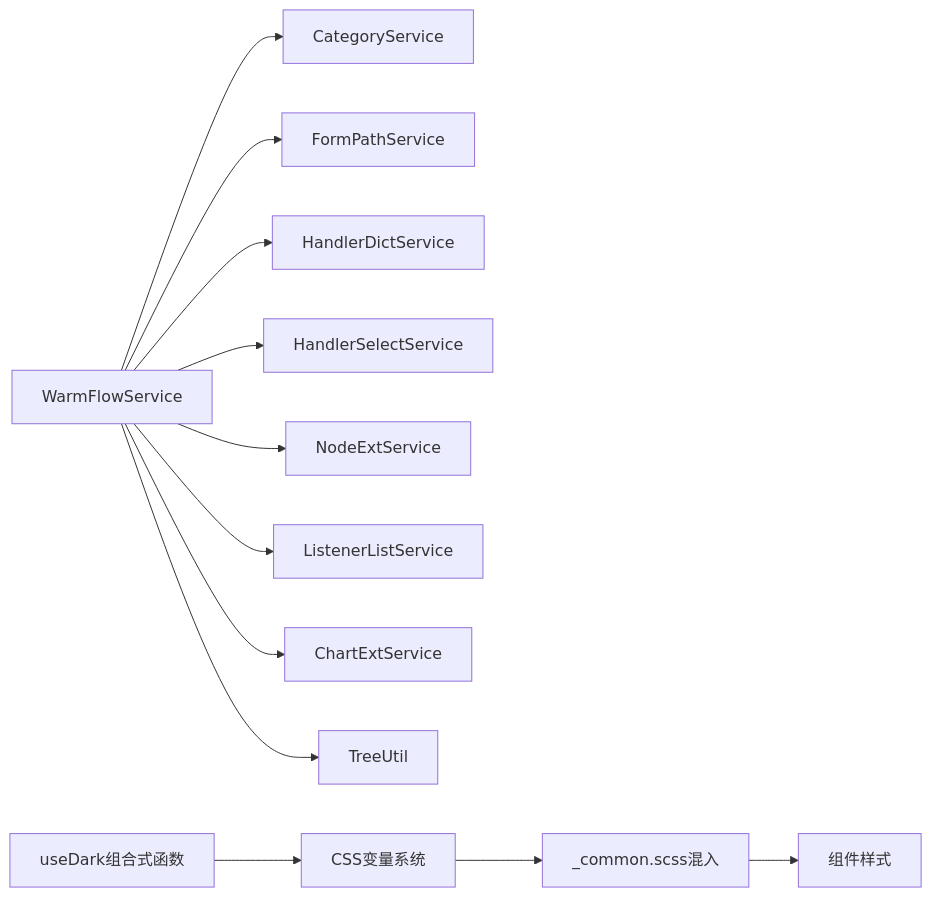
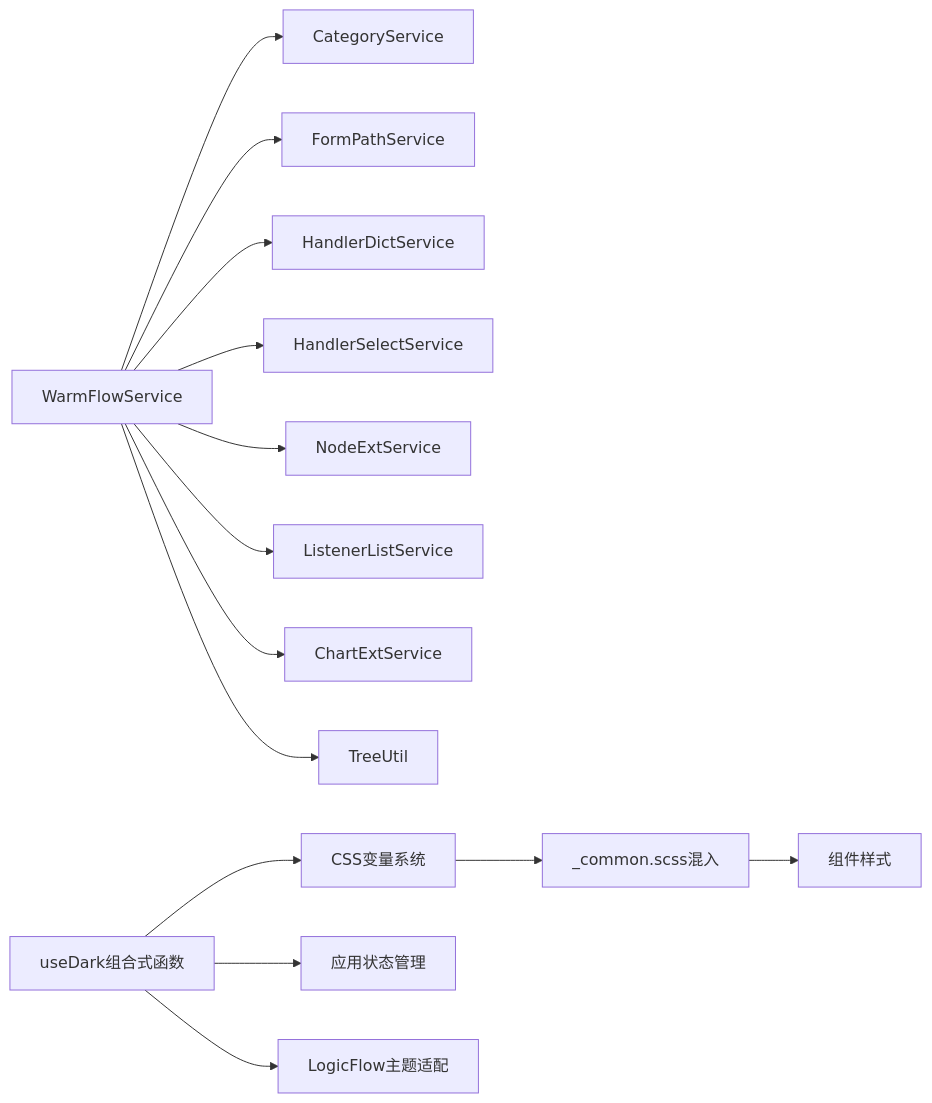
The seventh of 7 diagrams in .qoder/repowiki/zh/content/插件系统/UI 插件系统/UI 插件系统.md (dromara/warm-flow), drawn with Mermaid before and after one commit. The commit also changed other lines of this file and 18 other files, not shown here.

````diff
--- a/.qoder/repowiki/zh/content/插件系统/UI 插件系统/UI 插件系统.md
+++ b/.qoder/repowiki/zh/content/插件系统/UI 插件系统/UI 插件系统.md
@@ -464,14 +506,16 @@
 ```mermaid
 graph LR
 SVC["WarmFlowService"] --> CAT["CategoryService"]
 SVC --> FPATH["FormPathService"]
 SVC --> HDICT["HandlerDictService"]
 SVC --> HSEL["HandlerSelectService"]
 SVC --> NEXT["NodeExtService"]
 SVC --> LST["ListenerListService"]
 SVC --> CHART["ChartExtService"]
 SVC --> TU["TreeUtil"]
 THEME["useDark组合式函数"] --> CSSVAR["CSS变量系统"]
 CSSVAR --> MIXINS["_common.scss混入"]
 MIXINS --> COMPONENTS["组件样式"]
+THEME --> STORE["应用状态管理"]
+THEME --> LF["LogicFlow主题适配"]
 ```
````
